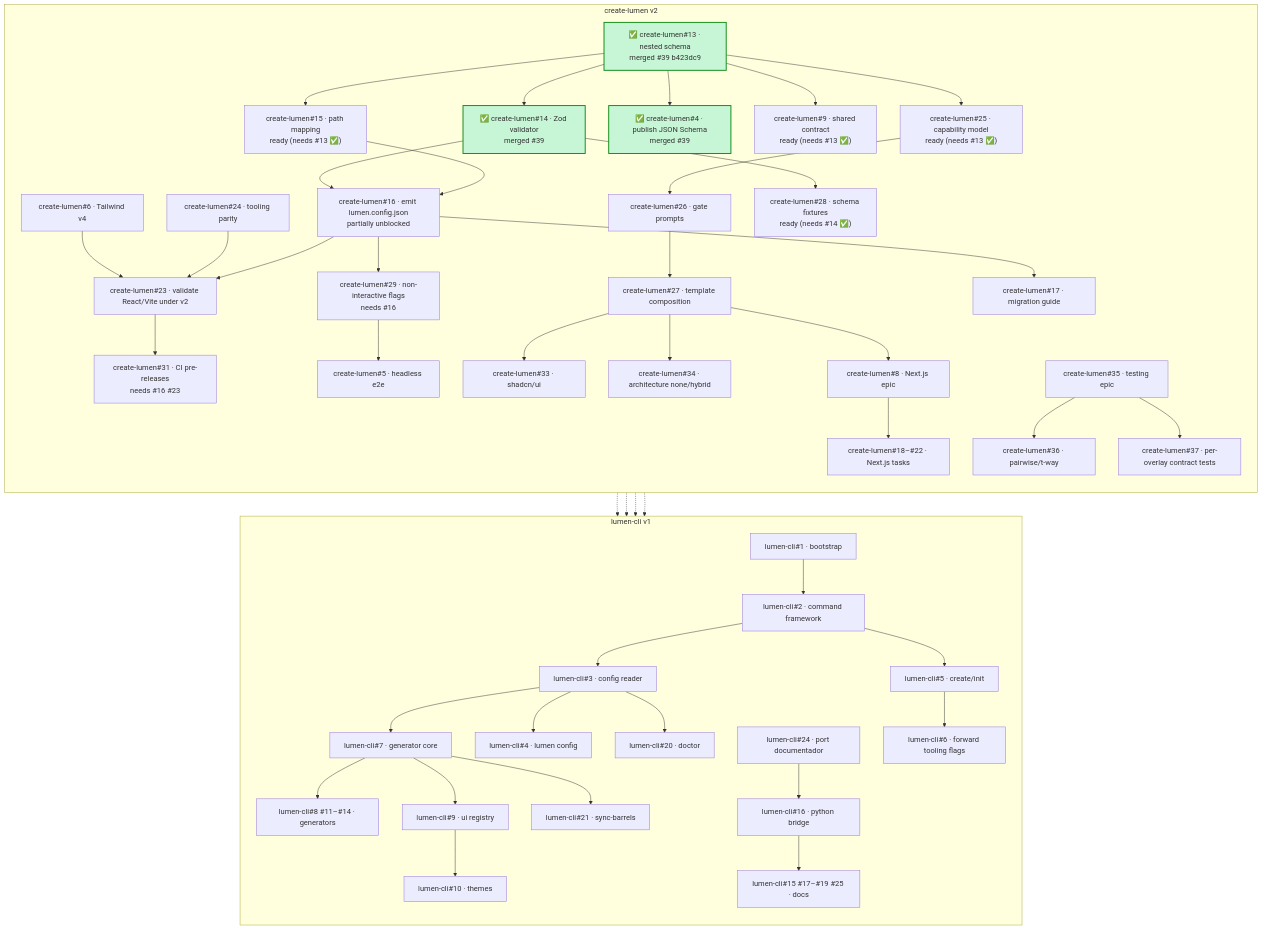
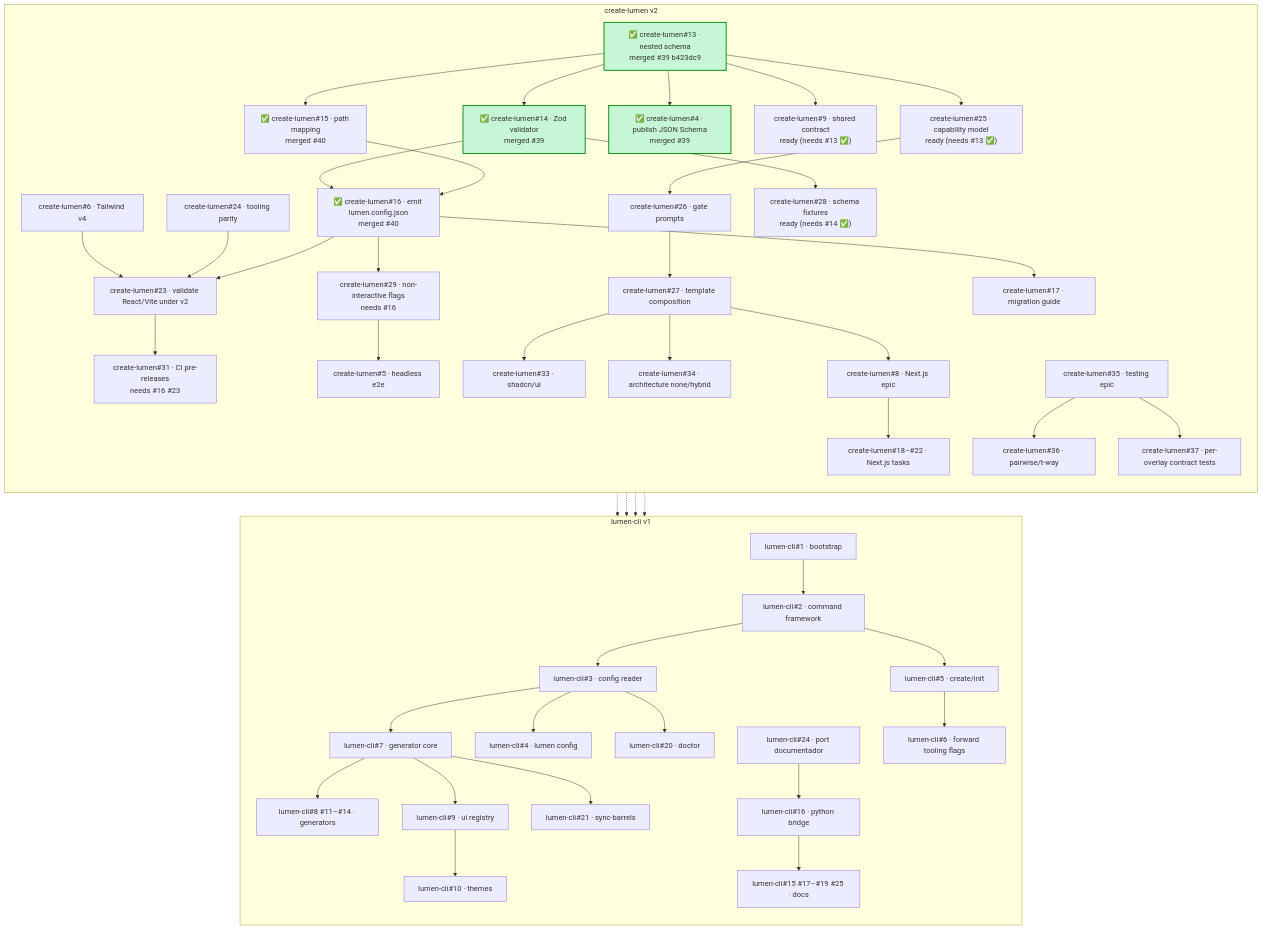
Before and after one commit to LUMEN-SH/create-lumen: the second of 5 diagrams in docs/PLAN.md, drawn with Mermaid. The commit also changed other lines of this file and 2 other files, not shown here.

Commit message:
docs: update matrices for merged manifest core (#15 #16 via #40)
- ROADMAP M1: mark #15 #16 as merged #40, update dependency matrix Status column
- ROADMAP dependency matrix: add unblock notes (#13 #14 #4 #15 #16 ✅ merged)
- PLAN dependency graph: mark #15 #16 as merged with green style, Lane A notes
- manifest-v2.md: update Emitter section to reflect merged state

```diff
--- a/docs/PLAN.md
+++ b/docs/PLAN.md
@@ -35,8 +35,8 @@
         direction TB
         CreateLumen13["✅ create-lumen#13 · nested schema<br/>merged #39 b423dc9"]
         CreateLumen14["✅ create-lumen#14 · Zod validator<br/>merged #39"]
-        CreateLumen15["create-lumen#15 · path mapping<br/>ready (needs #13 ✅)"]
-        CreateLumen16["create-lumen#16 · emit lumen.config.json<br/>partially unblocked"]
+        CreateLumen15["✅ create-lumen#15 · path mapping<br/>merged #40"]
+        CreateLumen16["✅ create-lumen#16 · emit lumen.config.json<br/>merged #40"]
         CreateLumen4["✅ create-lumen#4 · publish JSON Schema<br/>merged #39"]
         CreateLumen9["create-lumen#9 · shared contract<br/>ready (needs #13 ✅)"]
         CreateLumen6["create-lumen#6 · Tailwind v4"]
```
